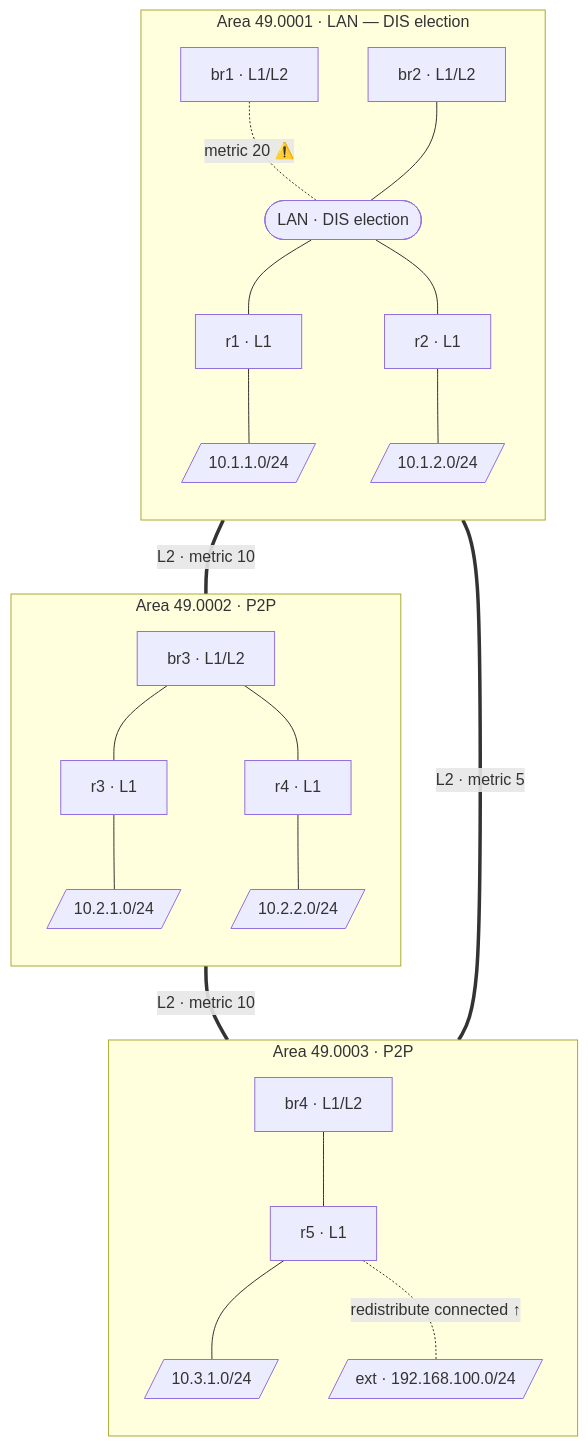
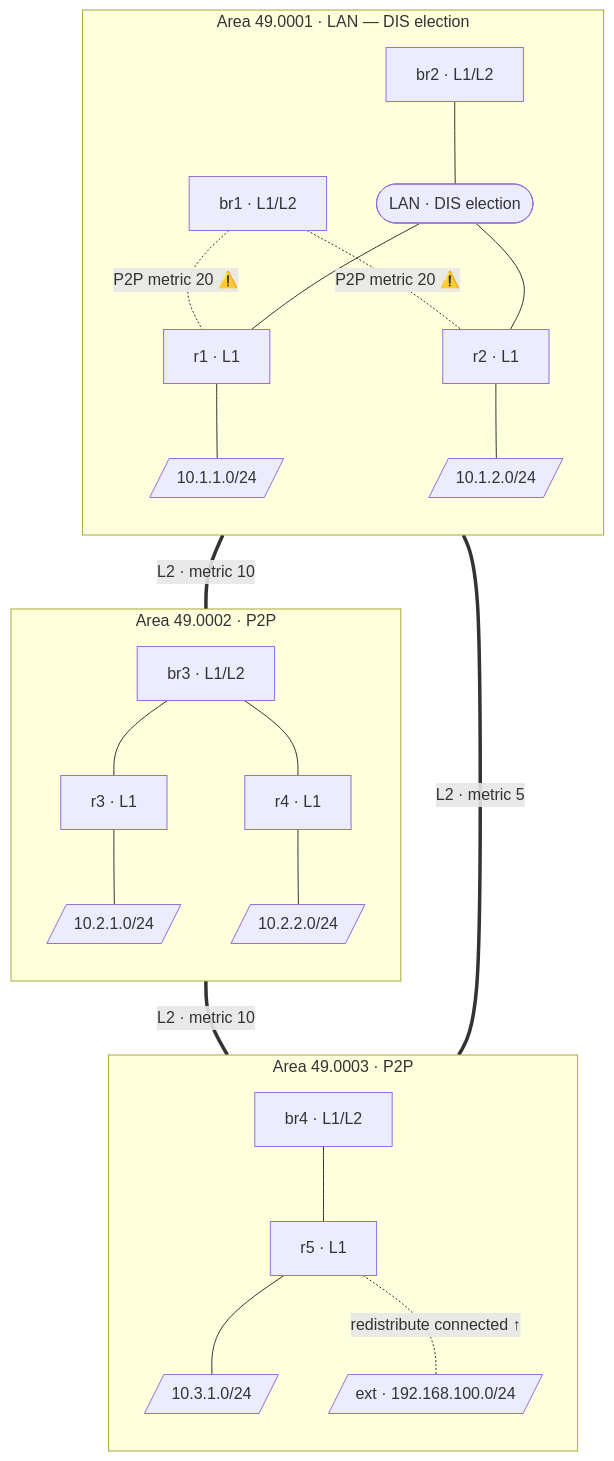
Before and after one commit to severindellsperger/netlab-isis-lab: the diagram in README.md, drawn with Mermaid. The commit also changed other lines of this file and 1 other file, not shown here.

Commit message:
Fix IS-IS suboptimal routing: move br1 to P2P links with metric 20

````diff
--- a/README.md
+++ b/README.md
@@ -11,47 +11,48 @@
 ```mermaid
 graph TB
     subgraph A1["Area 49.0001 · LAN — DIS election"]
         direction TB
         br1["br1 · L1/L2"]
         br2["br2 · L1/L2"]
         LAN1(["LAN · DIS election"])
         r1["r1 · L1"]
         r2["r2 · L1"]
         stub_r1[/"10.1.1.0/24"/]
         stub_r2[/"10.1.2.0/24"/]
-        br1 -. "metric 20 ⚠️" .- LAN1
+        br1 -. "P2P metric 20 ⚠️" .- r1
+        br1 -. "P2P metric 20 ⚠️" .- r2
         br2 --- LAN1
         LAN1 --- r1
         LAN1 --- r2
         r1 --- stub_r1
         r2 --- stub_r2
     end
 
     subgraph A3["Area 49.0003 · P2P"]
         direction TB
         br4["br4 · L1/L2"]
         r5["r5 · L1"]
         stub_r5[/"10.3.1.0/24"/]
         ext[/"ext · 192.168.100.0/24"/]
         br4 --- r5
         r5 --- stub_r5
         r5 -. "redistribute connected ↑" .- ext
     end
 
     subgraph A2["Area 49.0002 · P2P"]
         direction TB
         br3["br3 · L1/L2"]
         r3["r3 · L1"]
         r4["r4 · L1"]
         stub_r3[/"10.2.1.0/24"/]
         stub_r4[/"10.2.2.0/24"/]
         br3 --- r3
         br3 --- r4
         r3 --- stub_r3
         r4 --- stub_r4
     end
 
     br1 == "L2 · metric 5" === br4
     br2 == "L2 · metric 10" === br3
     br3 == "L2 · metric 10" === br4
 ```
````
